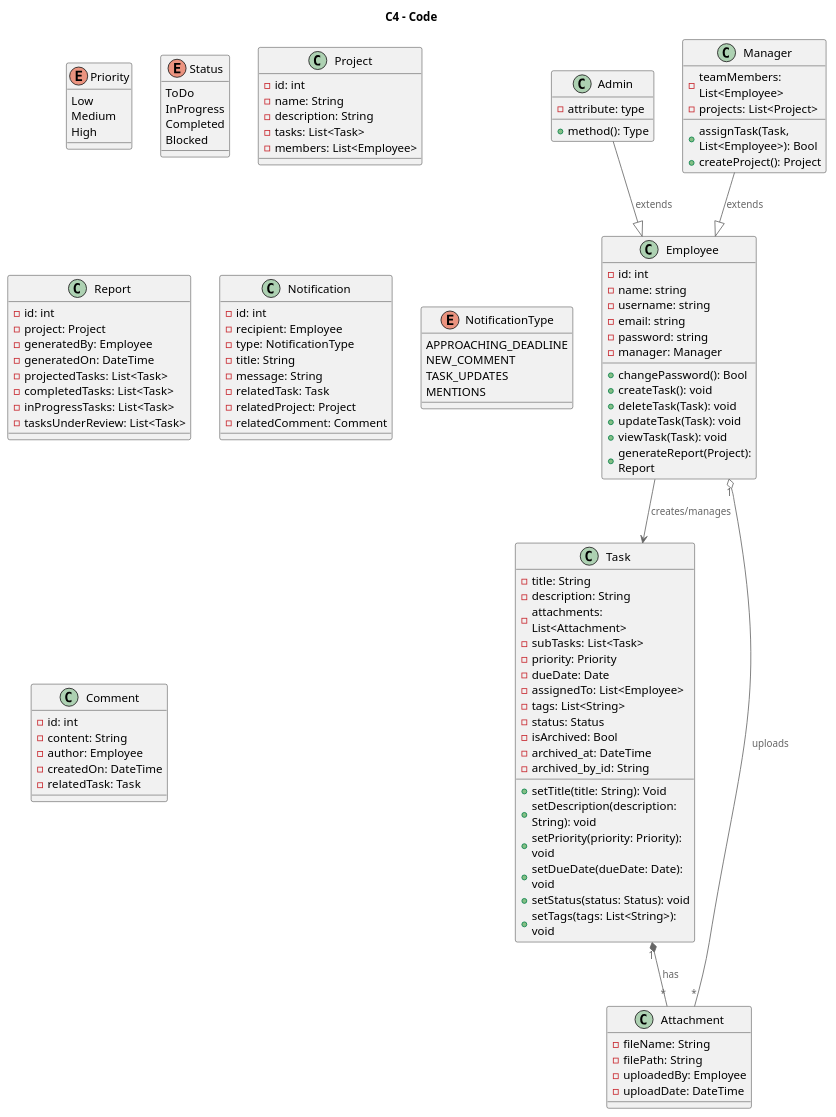
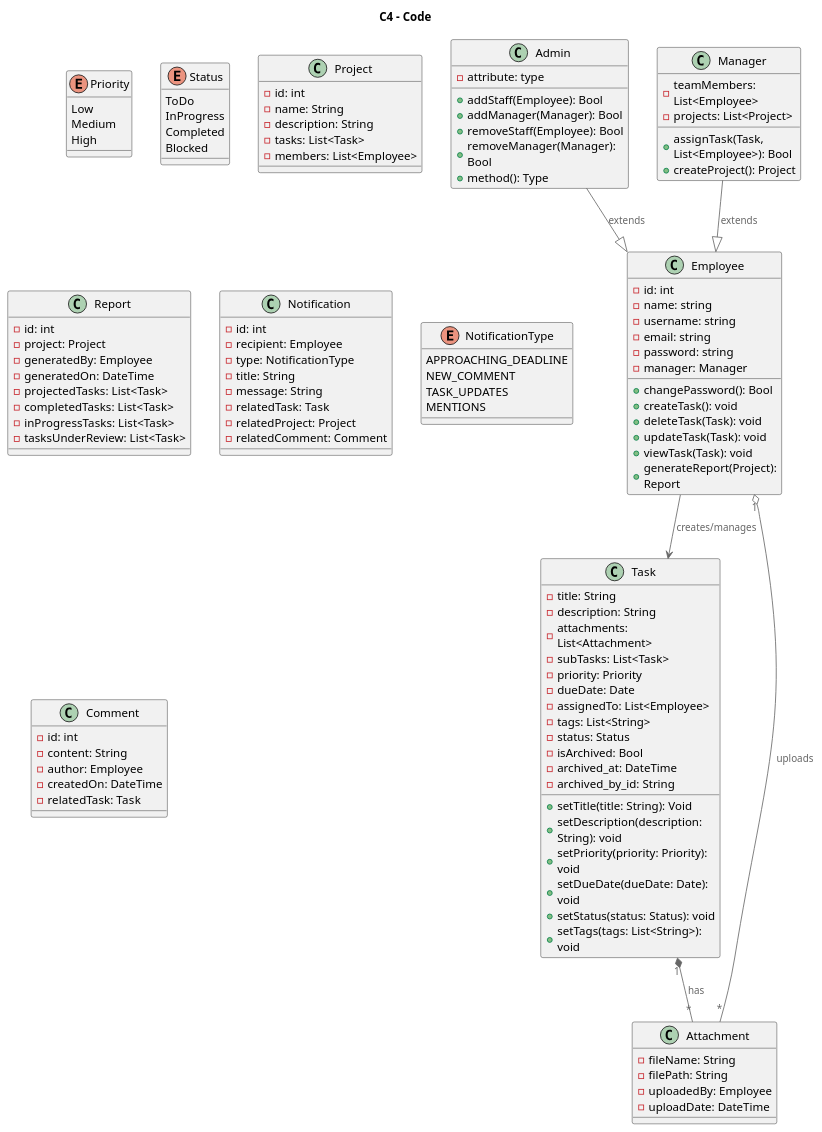
One commit to XavierTanMT/IS212---Software_Project_Management changed the diagram in plantuml/c4_class.puml. Above: the diagram before and after it, drawn with PlantUML. The commit also changed 8 other files, not shown here.

```diff
--- a/plantuml/c4_class.puml
+++ b/plantuml/c4_class.puml
@@ -1,127 +1,131 @@
 @startuml c4_class
 !include <C4/C4_Context>
 
 title C4 - Code
 
 class Employee {
   - id: int
   - name: string
   - username: string
   - email: string
   - password: string
   - manager: Manager
   + changePassword(): Bool
   + createTask(): void
   + deleteTask(Task): void
   + updateTask(Task): void
   + viewTask(Task): void
   + generateReport(Project): Report
 }
 
 class Admin {
   - attribute: type
+  + addStaff(Employee): Bool
+  + addManager(Manager): Bool
+  + removeStaff(Employee): Bool
+  + removeManager(Manager): Bool
   + method(): Type
 }
 
 class Manager {
   - teamMembers: List<Employee>
   - projects: List<Project>
   + assignTask(Task, List<Employee>): Bool
   + createProject(): Project
 }
 
 enum Priority {
     Low
     Medium
     High
 }
 
 enum Status {
     ToDo
     InProgress
     Completed
     Blocked
 }
 
 class Task {
   - title: String
   - description: String
   - attachments: List<Attachment>
   - subTasks: List<Task>
   - priority: Priority
   - dueDate: Date
   - assignedTo: List<Employee>
   - tags: List<String>
   - status: Status
   - isArchived: Bool
   - archived_at: DateTime
   - archived_by_id: String
   + setTitle(title: String): Void
   + setDescription(description: String): void
   + setPriority(priority: Priority): void
   + setDueDate(dueDate: Date): void
   + setStatus(status: Status): void
   + setTags(tags: List<String>): void
 }
 
 class Project {
   - id: int
   - name: String
   - description: String
   - tasks: List<Task>
   - members: List<Employee>
 }
 
 class Attachment {
   -fileName: String
   -filePath: String
   -uploadedBy: Employee
   -uploadDate: DateTime
 }
 
 class Report {
   - id: int
   - project: Project
   - generatedBy: Employee
   - generatedOn: DateTime
   - projectedTasks: List<Task>
   - completedTasks: List<Task>
   - inProgressTasks: List<Task>
   - tasksUnderReview: List<Task>
 }
 
 class Notification {
   - id: int
   - recipient: Employee
   - type: NotificationType
   - title: String
   - message: String
   - relatedTask: Task
   - relatedProject: Project
   - relatedComment: Comment
 }
 
 enum NotificationType {
     APPROACHING_DEADLINE
     NEW_COMMENT
     TASK_UPDATES
     MENTIONS
 }
 
 class Comment {
   - id: int
   - content: String
   - author: Employee
   - createdOn: DateTime
   - relatedTask: Task
 }
 
 Task "1" *-- "*" Attachment : has
 Employee "1" o-- "*" Attachment : uploads
 
 Admin --|> Employee : extends
 Manager --|> Employee : extends
 
 Employee --> Task : creates/manages
 
 @enduml
```
